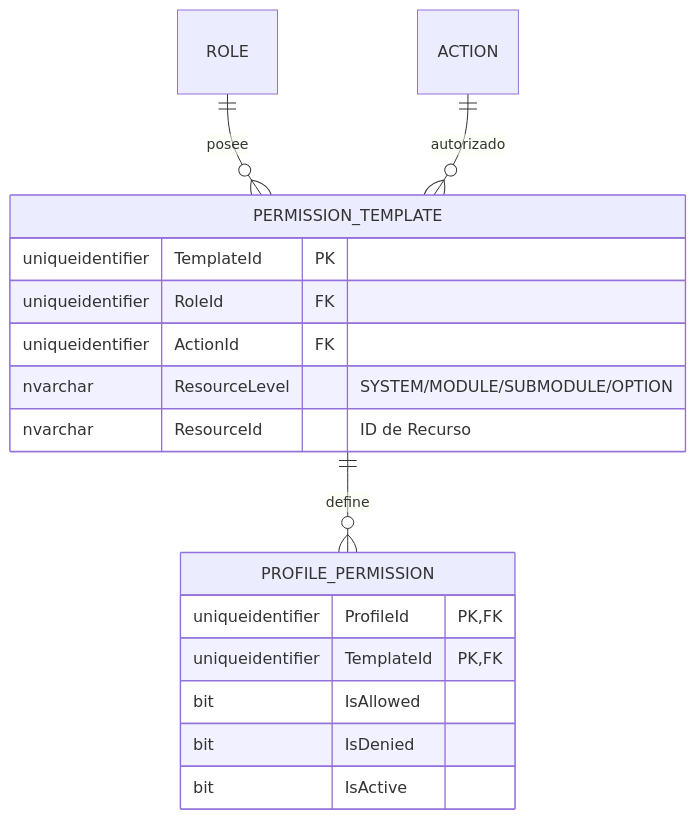
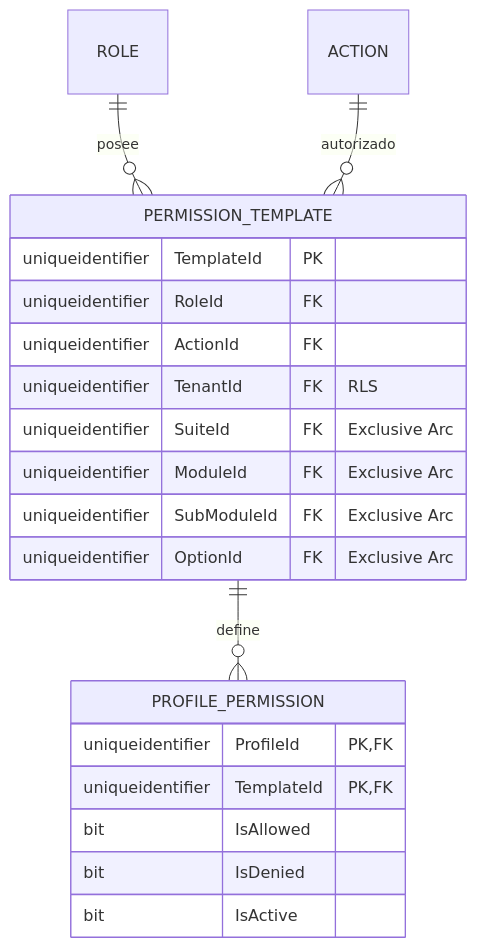
One commit to beyondnetcode/ums changed the second of 3 diagrams in architecture/blueprints-es/database-design-er.md. Above: the diagram before and after it, drawn with Mermaid. The commit also changed other lines of this file and 2 other files, not shown here.

Commit message:
refactor(auth): apply technical DB optimizations (Exclusive Arc & RLS) to E/R model

````diff
--- a/architecture/blueprints-es/database-design-er.md
+++ b/architecture/blueprints-es/database-design-er.md
@@ -48,22 +48,25 @@
 ```mermaid
 erDiagram
     ROLE ||--o{ PERMISSION_TEMPLATE : "posee"
     PERMISSION_TEMPLATE ||--o{ PROFILE_PERMISSION : "define"
     ACTION ||--o{ PERMISSION_TEMPLATE : "autorizado"
     
     PERMISSION_TEMPLATE {
         uniqueidentifier TemplateId PK
         uniqueidentifier RoleId FK
         uniqueidentifier ActionId FK
-        nvarchar ResourceLevel "SYSTEM/MODULE/SUBMODULE/OPTION"
-        nvarchar ResourceId "ID de Recurso"
+        uniqueidentifier TenantId FK "RLS"
+        uniqueidentifier SuiteId FK "Exclusive Arc"
+        uniqueidentifier ModuleId FK "Exclusive Arc"
+        uniqueidentifier SubModuleId FK "Exclusive Arc"
+        uniqueidentifier OptionId FK "Exclusive Arc"
     }
     
     PROFILE_PERMISSION {
         uniqueidentifier ProfileId PK, FK
         uniqueidentifier TemplateId PK, FK
         bit IsAllowed
         bit IsDenied
         bit IsActive
     }
 ```
````
